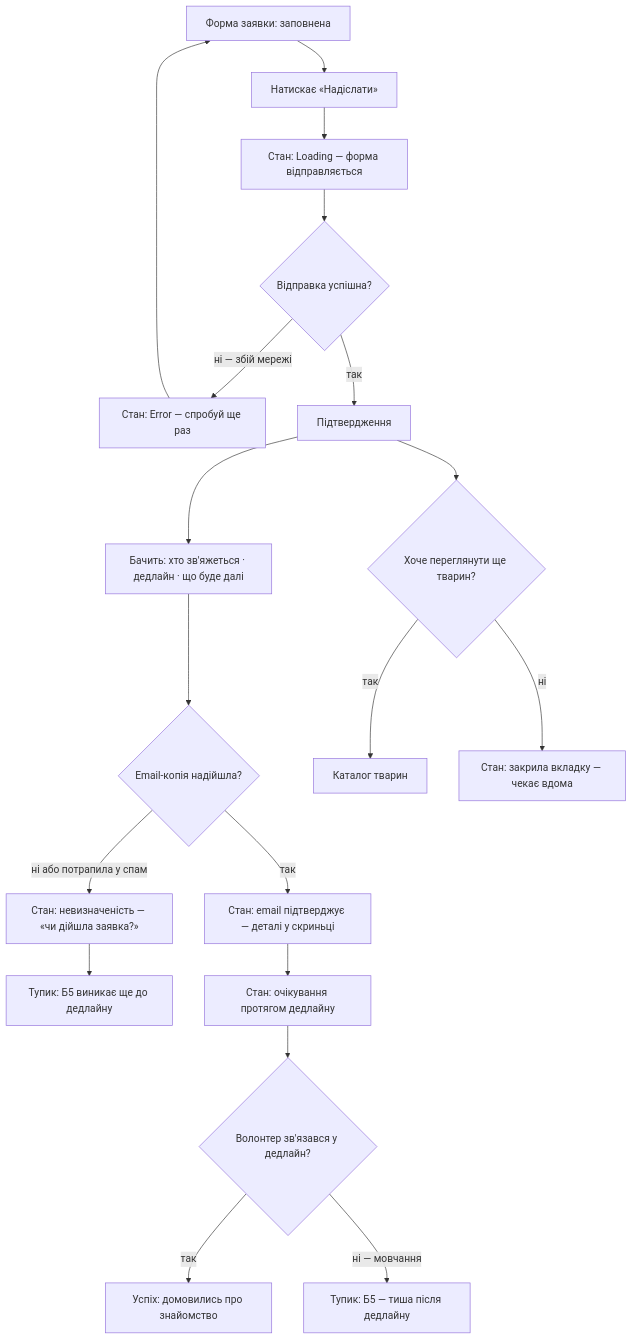
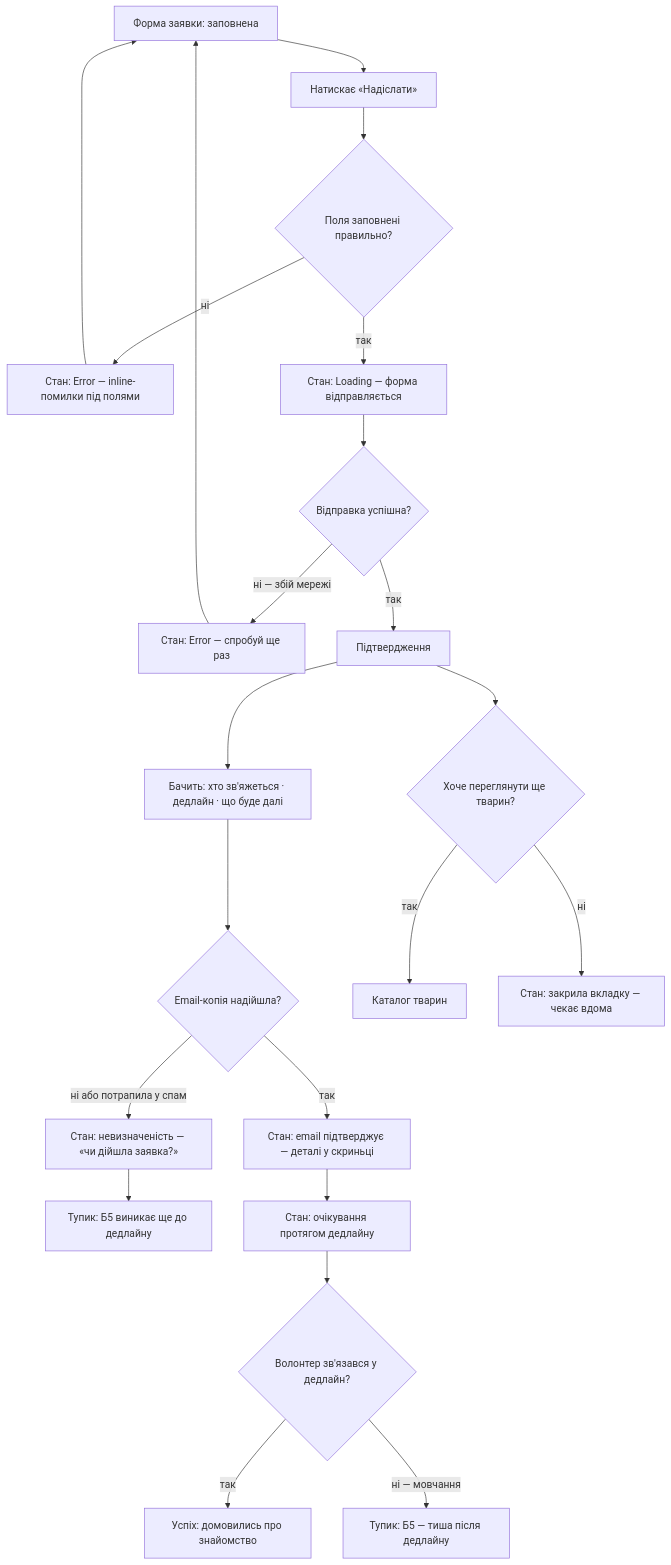
One commit to yuliabokova/prytulok changed the fourth of 5 diagrams in flows.md. Above: the diagram before and after it, drawn with Mermaid. The commit also changed other lines of this file and 1 other file, not shown here.

First line of the commit message:
ux: audit fixes — dead ends, missing states, S2 flow added

````diff
--- a/flows.md
+++ b/flows.md
@@ -147,24 +154,27 @@
 ```mermaid
 flowchart TD
     FormReady["Форма заявки: заповнена"] --> SubmitBtn["Натискає «Надіслати»"]
-    SubmitBtn --> LoadingState["Стан: Loading — форма відправляється"]
+    SubmitBtn --> ValidQ{"Поля заповнені правильно?"}
+    ValidQ -->|"ні"| ValidationErr["Стан: Error — inline-помилки під полями"]
+    ValidationErr --> FormReady
+    ValidQ -->|"так"| LoadingState["Стан: Loading — форма відправляється"]
     LoadingState --> SubmitQ{"Відправка успішна?"}
     SubmitQ -->|"ні — збій мережі"| ErrState["Стан: Error — спробуй ще раз"]
     ErrState --> FormReady
     SubmitQ -->|"так"| ConfirmPage["Підтвердження"]
 
     ConfirmPage --> SeeDeadline["Бачить: хто зв'яжеться · дедлайн · що буде далі"]
     SeeDeadline --> EmailQ{"Email-копія надійшла?"}
     EmailQ -->|"ні або потрапила у спам"| NoEmail["Стан: невизначеність — «чи дійшла заявка?»"]
     NoEmail --> EarlyB5["Тупик: Б5 виникає ще до дедлайну"]
     EmailQ -->|"так"| EmailOK["Стан: email підтверджує — деталі у скриньці"]
 
     EmailOK --> WaitState["Стан: очікування протягом дедлайну"]
     WaitState --> ContactQ{"Волонтер зв'язався у дедлайн?"}
     ContactQ -->|"так"| Success["Успіх: домовились про знайомство"]
     ContactQ -->|"ні — мовчання"| B5Fail["Тупик: Б5 — тиша після дедлайну"]
 
     ConfirmPage --> BrowseMoreQ{"Хоче переглянути ще тварин?"}
     BrowseMoreQ -->|"так"| CatBack["Каталог тварин"]
     BrowseMoreQ -->|"ні"| ClosedTab["Стан: закрила вкладку — чекає вдома"]
 ```
````
